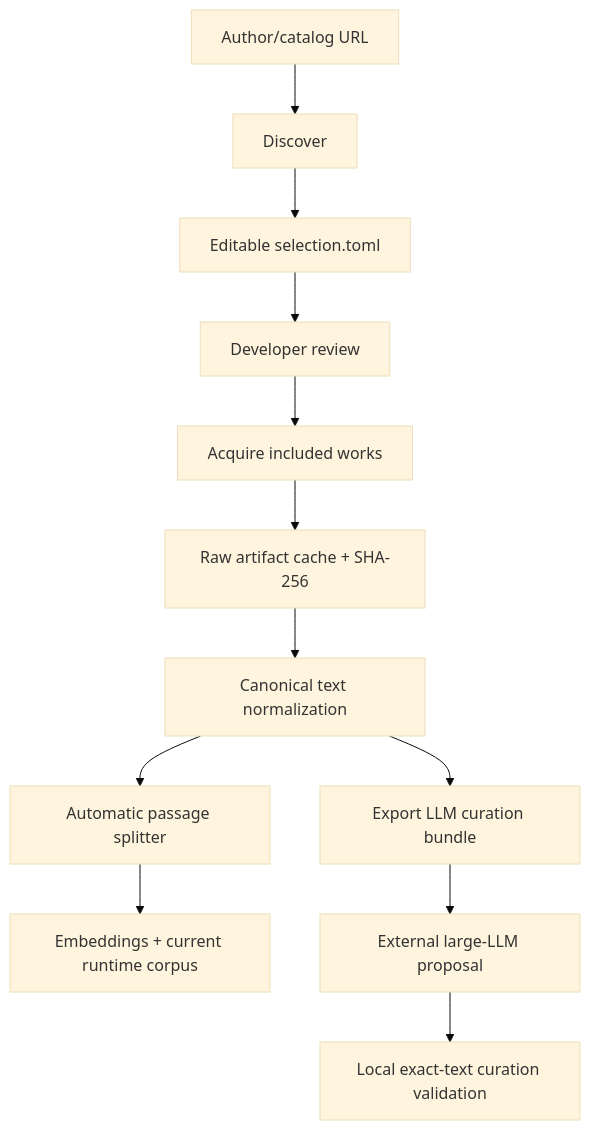
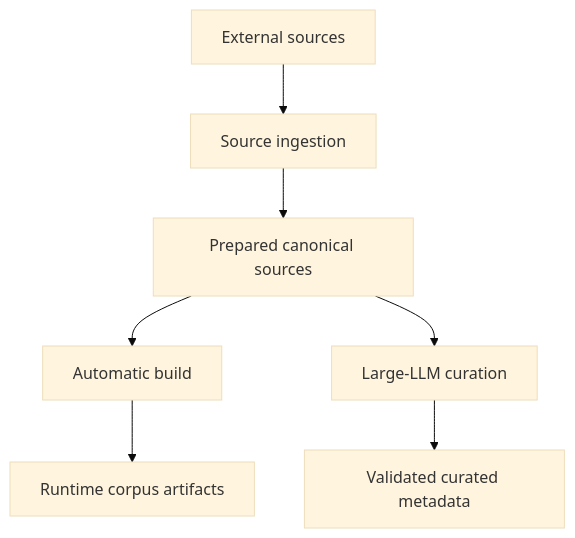
The diagram in corpus-builder/README.md (folk21/sibyl), drawn with Mermaid (base theme) before and after one commit. The commit also changed other lines of this file and 26 other files, not shown here.

````diff
--- a/corpus-builder/README.md
+++ b/corpus-builder/README.md
@@ -7,14 +7,9 @@
 ```mermaid
 flowchart TD
-    U[Author/catalog URL] --> D[Discover]
-    D --> S[Editable selection.toml]
-    S --> R[Developer review]
-    R --> A[Acquire included works]
-    A --> C[Raw artifact cache + SHA-256]
-    C --> N[Canonical text normalization]
-    N --> P[Automatic passage splitter]
-    P --> E[Embeddings + current runtime corpus]
-    N --> X[Export LLM curation bundle]
-    X --> L[External large-LLM proposal]
-    L --> V[Local exact-text curation validation]
+    U[External sources] --> S[Source ingestion]
+    S --> P[Prepared canonical sources]
+    P --> B[Automatic build]
+    P --> C[Large-LLM curation]
+    B --> R[Runtime corpus artifacts]
+    C --> M[Validated curated metadata]
 ```
````
